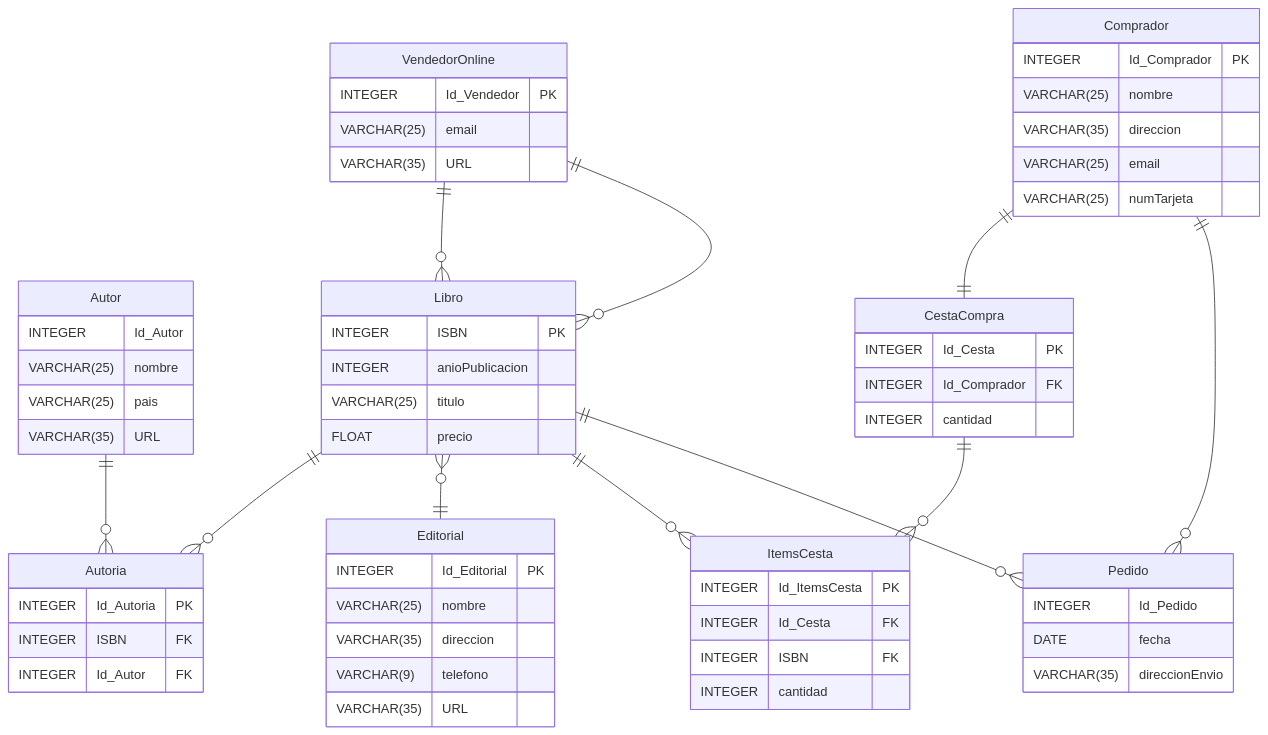
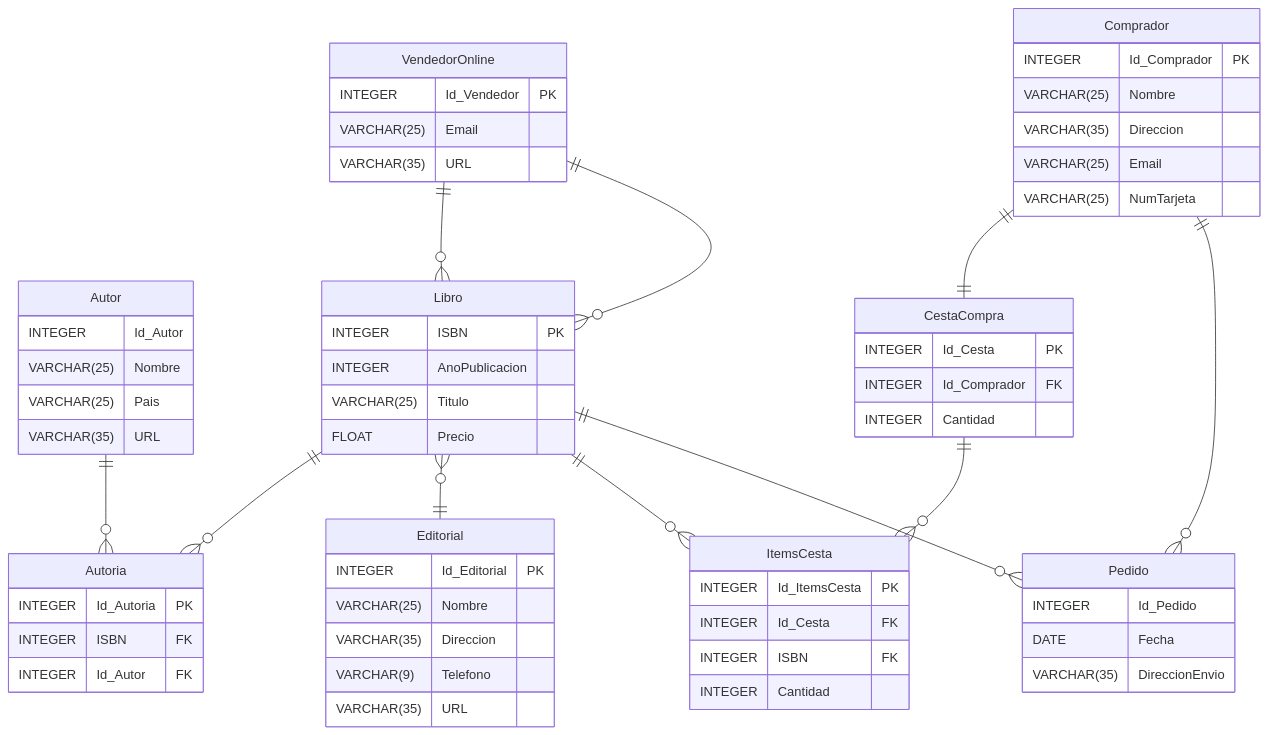
The fourth of 6 diagrams in EPIG-IND-ComputerScienceFundamentals/exercises/2_exercises_BBDD.md (augustocristian/teaching-resources), drawn with Mermaid before and after one commit. The commit also changed other lines of this file, not shown here.

````diff
--- a/EPIG-IND-ComputerScienceFundamentals/exercises/2_exercises_BBDD.md
+++ b/EPIG-IND-ComputerScienceFundamentals/exercises/2_exercises_BBDD.md
@@ -345,77 +348,77 @@
 ```mermaid
 erDiagram
 %% Entidades
     Autor {
         INTEGER Id_Autor
-        VARCHAR(25) nombre
-        VARCHAR(25) pais
+        VARCHAR(25) Nombre
+        VARCHAR(25) Pais
         VARCHAR(35) URL
     }
 
     Autoria {
         INTEGER Id_Autoria PK
         INTEGER ISBN FK
         INTEGER Id_Autor FK
     }
 
     Libro {
         INTEGER ISBN PK
-        INTEGER anioPublicacion
-        VARCHAR(25) titulo
-        FLOAT precio
+        INTEGER AnoPublicacion
+        VARCHAR(25) Titulo
+        FLOAT Precio
     }
 
     Editorial {
         INTEGER Id_Editorial PK
-        VARCHAR(25) nombre
-        VARCHAR(35) direccion
-        VARCHAR(9) telefono
+        VARCHAR(25) Nombre
+        VARCHAR(35) Direccion
+        VARCHAR(9) Telefono
         VARCHAR(35) URL
     }
 
     VendedorOnline {
         INTEGER Id_Vendedor PK
-        VARCHAR(25) email
+        VARCHAR(25) Email
         VARCHAR(35) URL
     }
 
     CestaCompra {
         INTEGER Id_Cesta PK
         INTEGER Id_Comprador FK
-        INTEGER cantidad
+        INTEGER Cantidad
     }
 
     Comprador {
         INTEGER Id_Comprador PK
-        VARCHAR(25) nombre
-        VARCHAR(35) direccion
-        VARCHAR(25) email
-        VARCHAR(25) numTarjeta
+        VARCHAR(25) Nombre
+        VARCHAR(35) Direccion
+        VARCHAR(25) Email
+        VARCHAR(25) NumTarjeta
     }
 
     Pedido {
         INTEGER Id_Pedido
-        DATE fecha
-        VARCHAR(35) direccionEnvio
+        DATE Fecha
+        VARCHAR(35) DireccionEnvio
     }
     ItemsCesta{
         INTEGER Id_ItemsCesta PK
         INTEGER Id_Cesta FK
         INTEGER ISBN FK
-        INTEGER cantidad
+        INTEGER Cantidad
     }
 
 %% Relaciones
     Autor ||--o{ Autoria: ""
     Libro ||--o{ Autoria: ""
     Libro }o--|| Editorial: ""
     VendedorOnline ||--o{ Libro: ""
     Comprador ||-- ||CestaCompra: ""
     Comprador ||--o{ Pedido: ""
 %% Relaciones N:M
     CestaCompra ||--o{ ItemsCesta: ""
     Libro ||--o{ ItemsCesta: ""
     VendedorOnline ||--o{ Libro: ""
     Libro ||--o{ Pedido: ""
 
 ```
````
